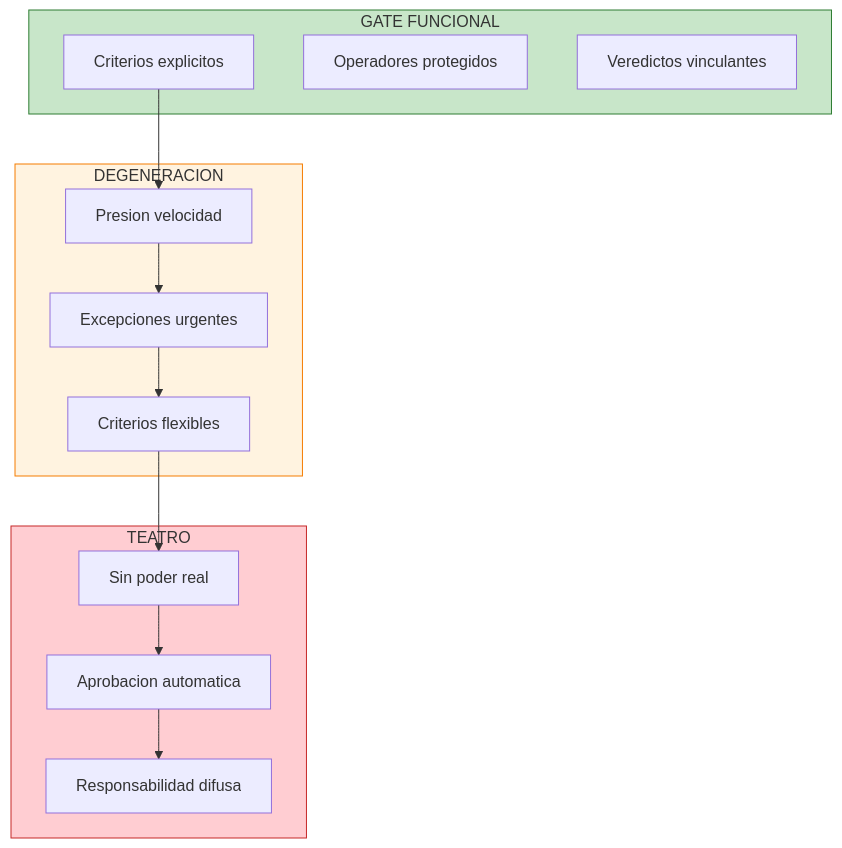
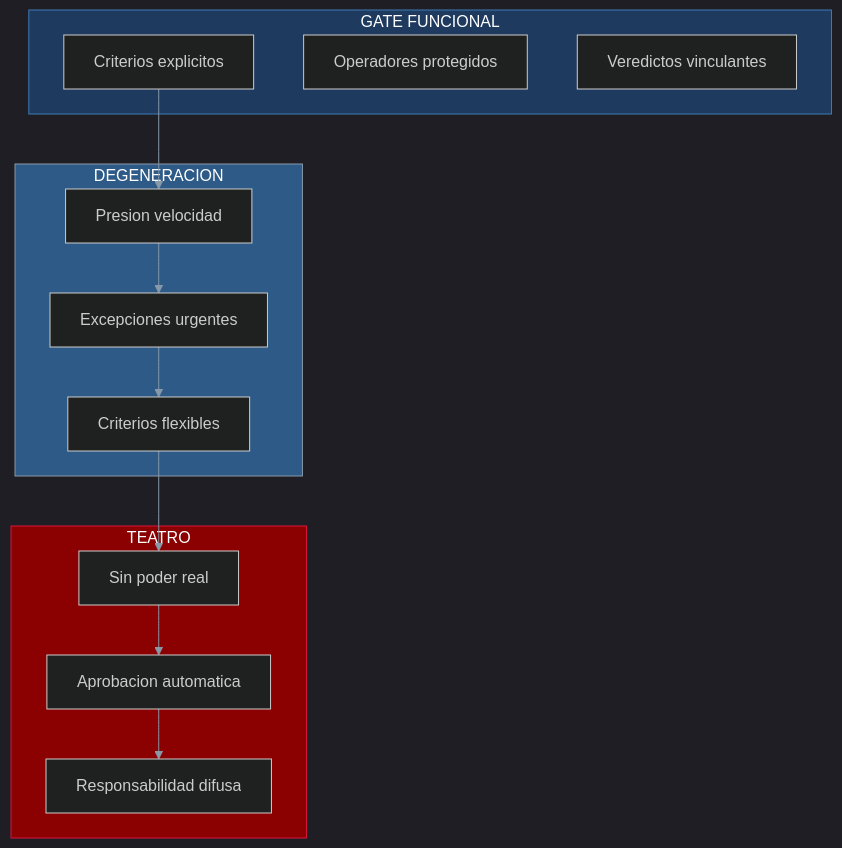
One commit to gonzalezulises/mas-control-mas-caos changed the diagram in assets/diagrams/AppD-antipatrones.mermaid. Above: the diagram before and after it, drawn with Mermaid. The commit also changed 23 other files, not shown here.

First line of the commit message:
Update all diagrams: transparent backgrounds + cover palette

```diff
--- a/assets/diagrams/AppD-antipatrones.mermaid
+++ b/assets/diagrams/AppD-antipatrones.mermaid
@@ -1,30 +1,30 @@
-%%{init: {'flowchart': {'curve': 'basis'}}}%%
+%%{init: {'theme': 'dark', 'themeVariables': { 'primaryColor': '#1e3a5f', 'primaryTextColor': '#ffffff', 'primaryBorderColor': '#3d7ab7', 'lineColor': '#8899aa', 'secondaryColor': '#2d5a87', 'tertiaryColor': '#0d1f3c', 'background': 'transparent' }}}%%
 flowchart TB
     subgraph FUNCIONAL["GATE FUNCIONAL"]
         F1[Criterios explicitos]
         F2[Operadores protegidos]
         F3[Veredictos vinculantes]
     end
 
     subgraph DEGENERACION["DEGENERACION"]
         D1[Presion velocidad]
         D2[Excepciones urgentes]
         D3[Criterios flexibles]
     end
 
     subgraph TEATRO["TEATRO"]
         T1[Sin poder real]
         T2[Aprobacion automatica]
         T3[Responsabilidad difusa]
     end
 
     F1 --> D1
     D1 --> D2
     D2 --> D3
     D3 --> T1
     T1 --> T2
     T2 --> T3
 
-    style FUNCIONAL fill:#c8e6c9,stroke:#2e7d32
-    style DEGENERACION fill:#fff3e0,stroke:#f57c00
-    style TEATRO fill:#ffcdd2,stroke:#c62828
+    style FUNCIONAL fill:#1e3a5f,stroke:#3d7ab7,color:#ffffff
+    style DEGENERACION fill:#2d5a87,stroke:#8899aa,color:#ffffff
+    style TEATRO fill:#8b0000,stroke:#dc143c,color:#ffffff
```
